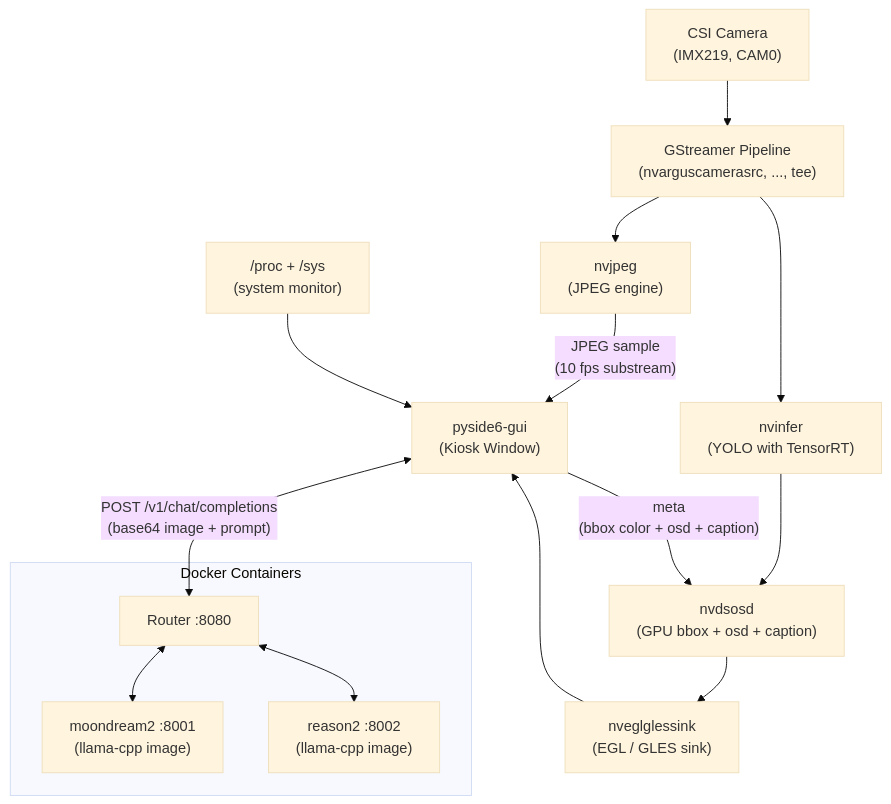
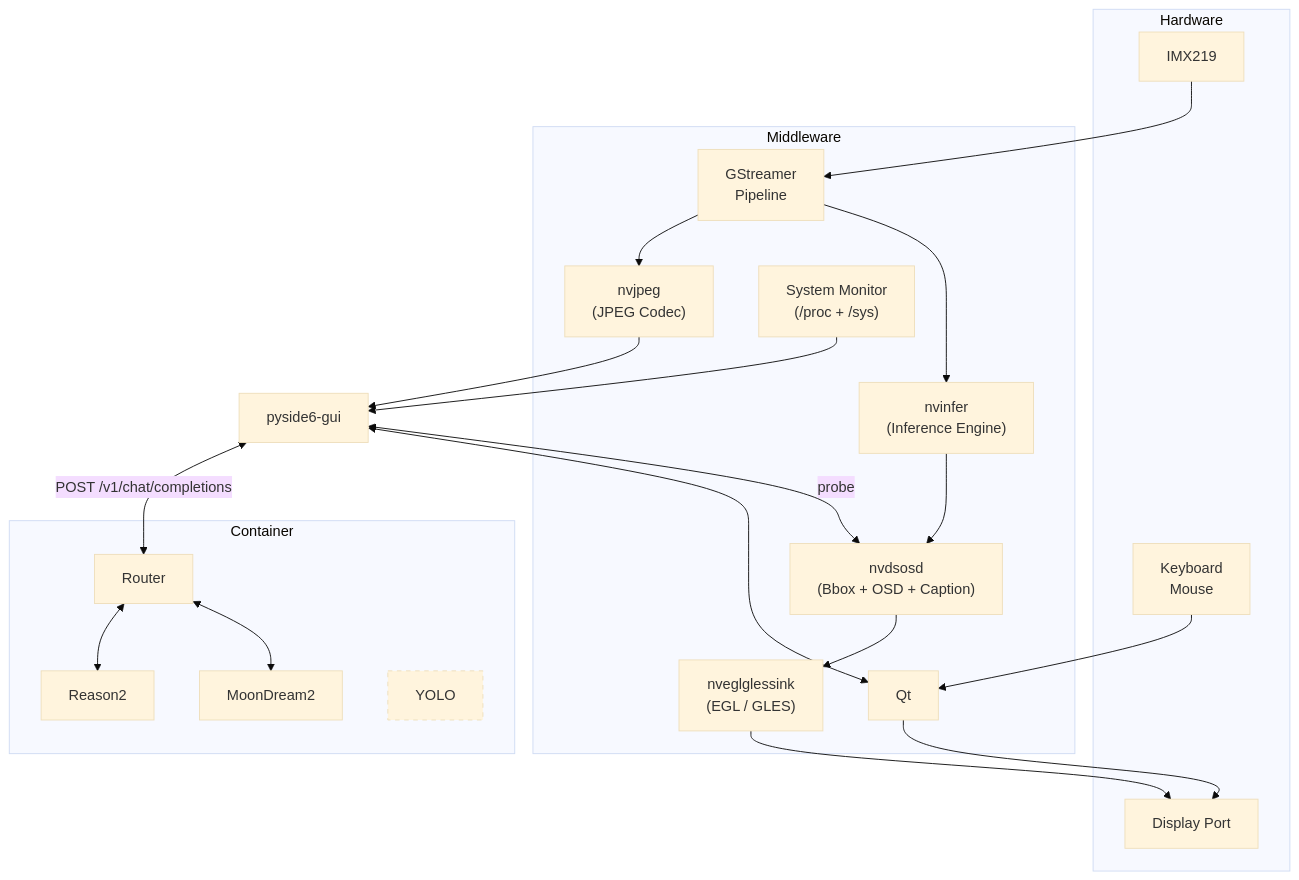
One commit to ccbruce0812/nikko-vlm-webui changed the first of 5 diagrams in pyside6-gui.md. Above: the diagram before and after it, drawn with Mermaid (base theme). The commit also changed other lines of this file, not shown here.

````diff
--- a/pyside6-gui.md
+++ b/pyside6-gui.md
@@ -19,31 +18,40 @@
 ```mermaid
 flowchart TB
-    CSI["CSI Camera<br/>(IMX219, CAM0)"]
-    GST["GStreamer Pipeline<br/>(nvarguscamerasrc, ..., tee)"]
-    GUI["pyside6-gui<br/>(Kiosk Window)"]
-    JTOP["/proc + /sys<br/>(system monitor)"]
-
-    subgraph Docker["Docker Containers"]
-        RTR["Router :8080"]
-        MD["moondream2 :8001<br/>(llama-cpp image)"]
-        R2["reason2 :8002<br/>(llama-cpp image)"]
+    subgraph Hardware
+        CSI["IMX219"]
+        DP["Display Port"]
+        KB["Keyboard<br/>Mouse"]
     end
 
-    NVJ["nvjpeg<br/>(JPEG engine)"]
-    YL["nvinfer<br/>(YOLO with TensorRT)"]
-    NDO["nvdsosd<br/>(GPU bbox + osd + caption)"]
-    NEGL["nveglglessink<br/>(EGL / GLES sink)"]
+    subgraph Middleware
+        GST["GStreamer<br/>Pipeline"]
+        NVJ["nvjpeg<br/>(JPEG Codec)"]
+        NVI["nvinfer<br/>(Inference Engine)"]
+        NVO["nvdsosd<br/>(Bbox + OSD + Caption)"]
+        NVEGL["nveglglessink<br/>(EGL / GLES)"]
+        MON["System Monitor<br/>(/proc + /sys)"]
+        QT["Qt"]
+    end
+
+    GUI["pyside6-gui"]
+
+    subgraph Docker["Container"]
+        RTR["Router"]
+        MD["MoonDream2"]
+        R2["Reason2"]
+        YOLO["YOLO"]
+        style YOLO stroke-dasharray: 5, 5
+    end
 
     CSI --> GST
-    GST --> NVJ
-    NVJ --> |"JPEG sample<br>(10 fps substream)"| GUI
-    JTOP --> GUI
-    GST --> YL
-    YL --> NDO
-    NDO --> NEGL
-    NEGL --> GUI
-    GUI --> |"meta<br/>(bbox color + osd + caption)"| NDO
-    GUI <-->|"POST /v1/chat/completions<br/>(base64 image + prompt)"| RTR
+    GST --> NVI --> NVO --> NVEGL --> DP
+    GST --> NVJ --> GUI
+    MON --> GUI
+    GUI <--> |"probe"| NVO
+    GUI <-->|"POST /v1/chat/completions"| RTR
+    GUI <--> QT
+    QT --> DP
+    KB --> QT
     RTR <--> MD
     RTR <--> R2
 ```
````
